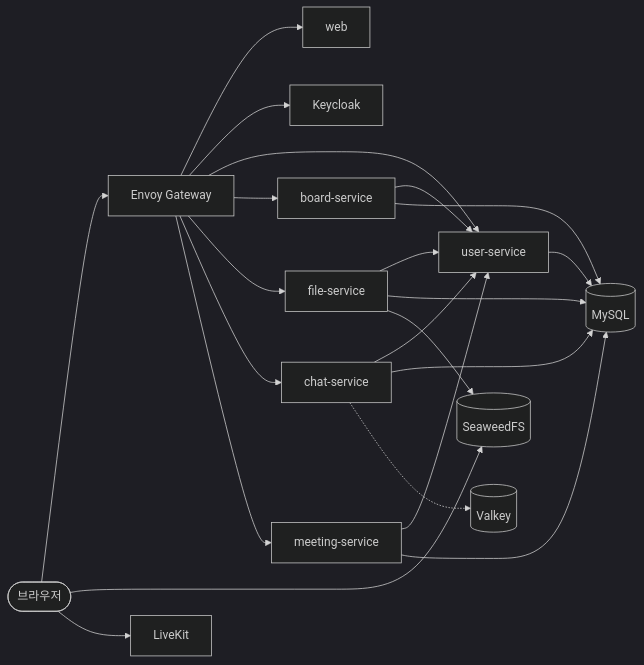
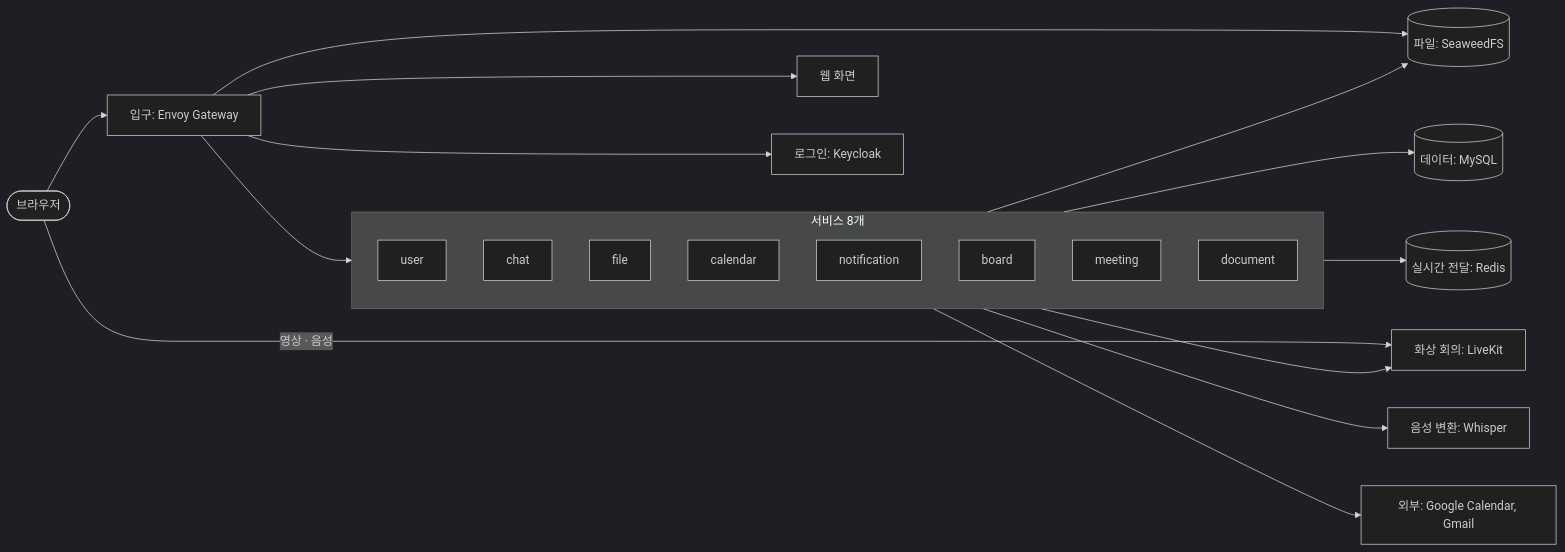
Before and after one commit to ktcloud-cloudnative-2026/team03-HelloCloud: the second of 5 diagrams in docs/architecture.md, drawn with Mermaid (dark theme). The commit also changed other lines of this file and 4 other files, not shown here.

````diff
--- a/docs/architecture.md
+++ b/docs/architecture.md
@@ -24,24 +24,25 @@
 ```mermaid
 flowchart LR
-  user([브라우저]) --> gw[Envoy Gateway]
-  user --> sw[(SeaweedFS)]
-  user --> lk[LiveKit]
-  gw --> web[web]
-  gw --> kc[Keycloak]
-  gw --> us[user-service]
-  gw --> bs[board-service]
-  gw --> fs[file-service]
-  gw --> cs[chat-service]
-  gw --> ms[meeting-service]
-  bs --> us
-  fs --> us
-  cs --> us
-  ms --> us
-  us --> db[(MySQL)]
-  bs --> db
-  fs --> db
-  cs --> db
-  ms --> db
-  fs --> sw
-  cs -.-> vk[(Valkey)]
+  subgraph apps[서비스 8개]
+    us[user]
+    cs[chat]
+    fs[file]
+    cal[calendar]
+    ns[notification]
+    bs[board]
+    ms[meeting]
+    ds[document]
+  end
+  user([브라우저]) --> gw[입구: Envoy Gateway]
+  user -->|영상 · 음성| lk[화상 회의: LiveKit]
+  gw --> web[웹 화면]
+  gw --> kc[로그인: Keycloak]
+  gw --> apps
+  gw --> sw[(파일: SeaweedFS)]
+  apps --> db[(데이터: MySQL)]
+  apps --> rd[(실시간 전달: Redis)]
+  apps --> sw
+  apps --> lk
+  apps --> wh[음성 변환: Whisper]
+  apps --> ext[외부: Google Calendar, Gmail]
 ```
````
